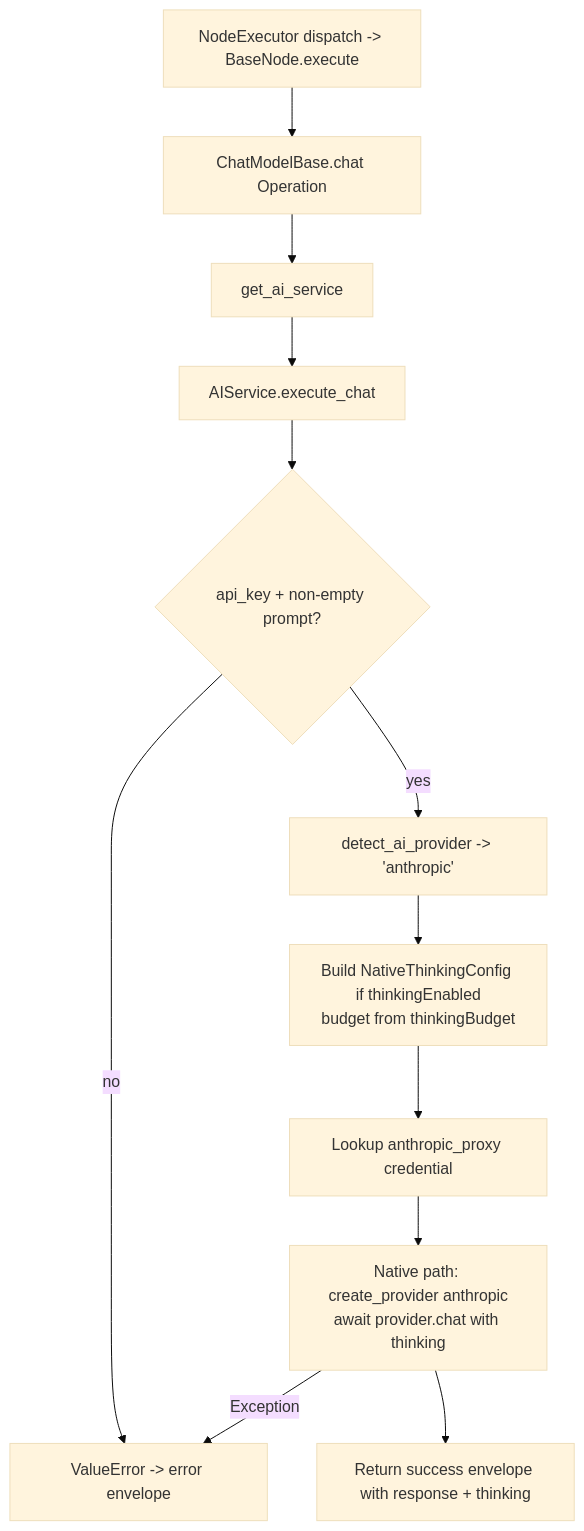
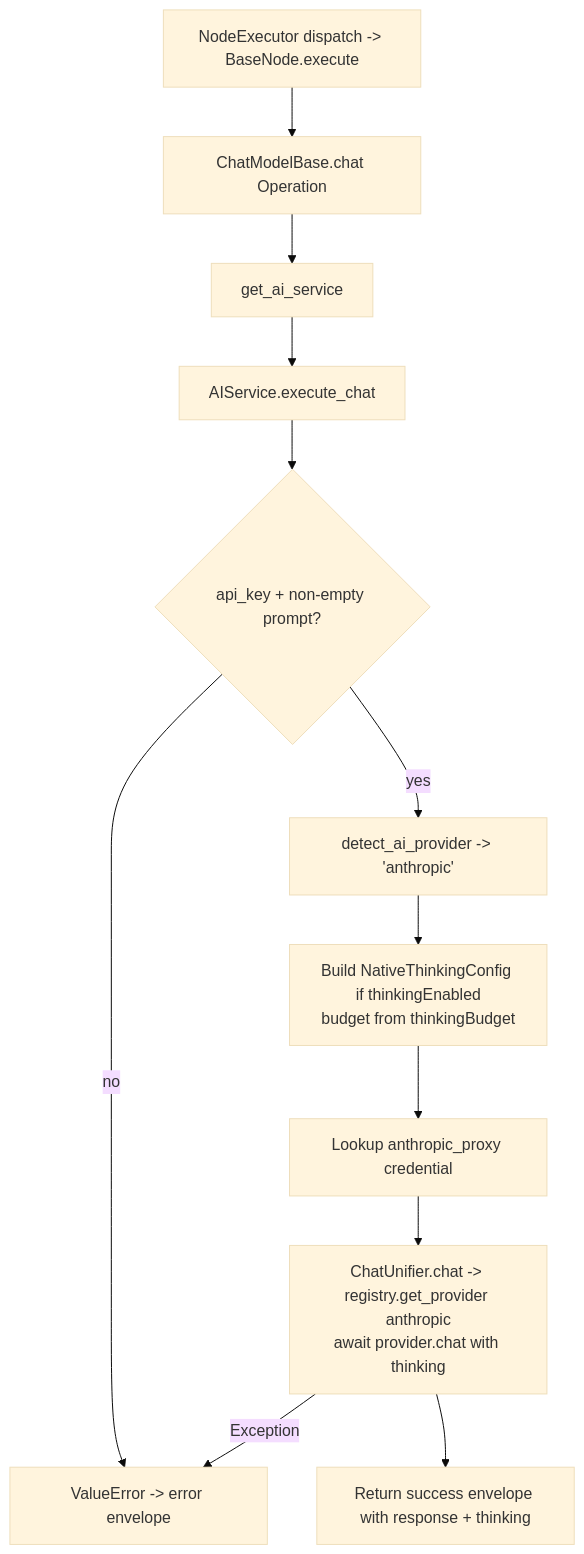
Before and after one commit to zeenie-ai/OpenCompany: the diagram in docs-internal/node-logic-flows/ai_chat_models/anthropicChatModel.md, drawn with Mermaid (base theme). The commit also changed other lines of this file and 39 other files, not shown here.

````diff
--- a/docs-internal/node-logic-flows/ai_chat_models/anthropicChatModel.md
+++ b/docs-internal/node-logic-flows/ai_chat_models/anthropicChatModel.md
@@ -64,14 +64,14 @@
 ```mermaid
 flowchart TD
   A[NodeExecutor dispatch -> BaseNode.execute] --> B[ChatModelBase.chat Operation]
   B --> C[get_ai_service]
   C --> D[AIService.execute_chat]
   D --> E{api_key + non-empty prompt?}
   E -- no --> X[ValueError -> error envelope]
   E -- yes --> F[detect_ai_provider -> 'anthropic']
   F --> G[Build NativeThinkingConfig if thinkingEnabled<br/>budget from thinkingBudget]
   G --> H[Lookup anthropic_proxy credential]
-  H --> I[Native path: create_provider anthropic<br/>await provider.chat with thinking]
+  H --> I[ChatUnifier.chat -> registry.get_provider anthropic<br/>await provider.chat with thinking]
   I --> J[Return success envelope with response + thinking]
   I -- Exception --> X
 ```
````
